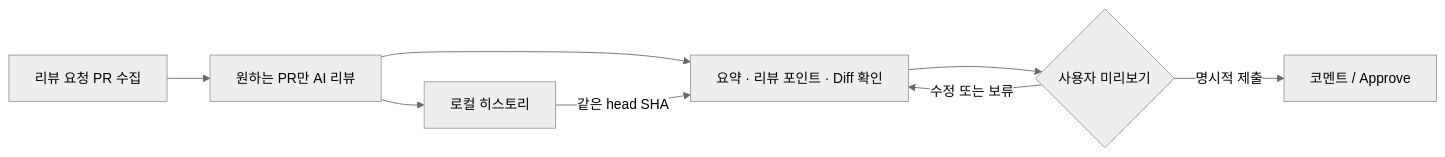
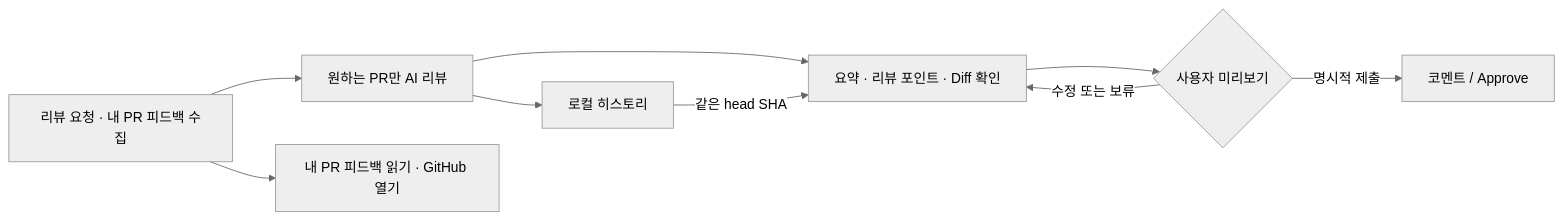
The diagram in docs/PROJECT_OVERVIEW.md (90ms/pr-review-reminder), drawn with Mermaid (neutral theme) before and after one commit. The commit also changed other lines of this file and 4 other files, not shown here.

````diff
--- a/docs/PROJECT_OVERVIEW.md
+++ b/docs/PROJECT_OVERVIEW.md
@@ -12,10 +12,11 @@
 ```mermaid
 flowchart LR
-    A["리뷰 요청 PR 수집"] --> B["원하는 PR만 AI 리뷰"]
+    A["리뷰 요청 · 내 PR 피드백 수집"] --> B["원하는 PR만 AI 리뷰"]
     B --> C["요약 · 리뷰 포인트 · Diff 확인"]
     C --> D{"사용자 미리보기"}
     D -->|"수정 또는 보류"| C
     D -->|"명시적 제출"| E["코멘트 / Approve"]
     B --> F["로컬 히스토리"]
     F -->|"같은 head SHA"| C
+    A --> G["내 PR 피드백 읽기 · GitHub 열기"]
 ```
````
